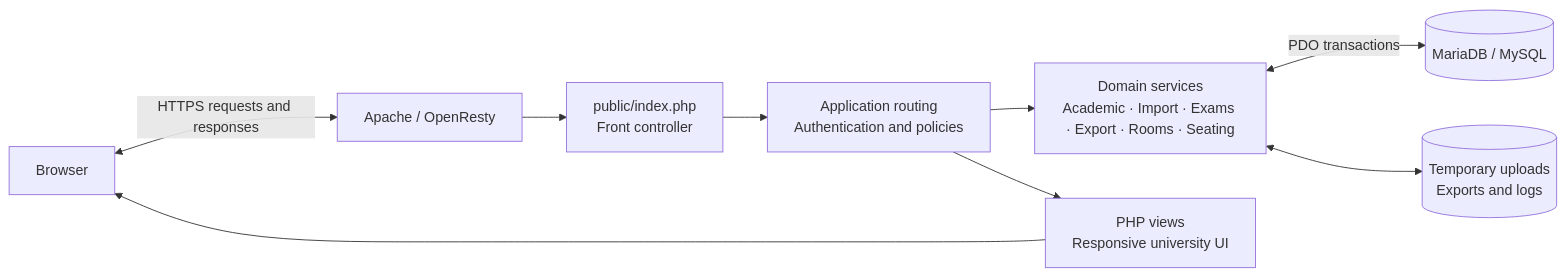
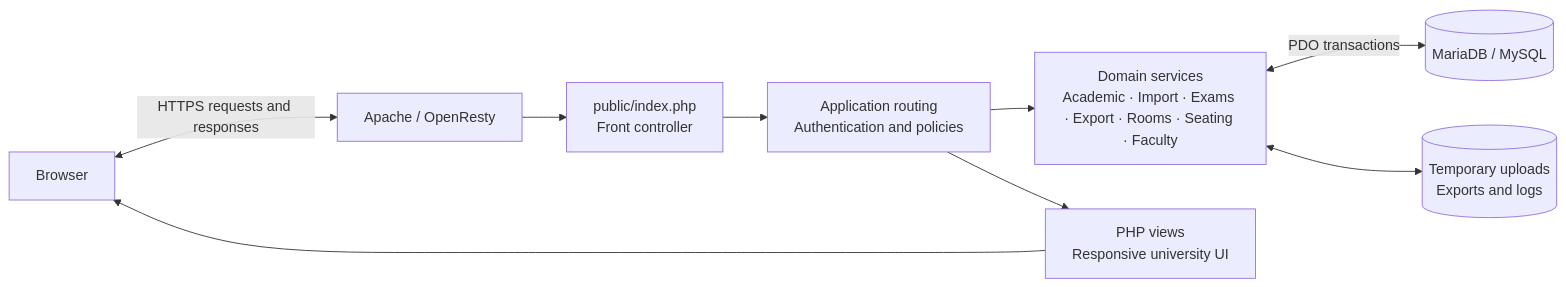
One commit to unseenap/Auto-Exam-Main changed the fifth of 5 diagrams in README.md. Above: the diagram before and after it, drawn with Mermaid. The commit also changed other lines of this file and 26 other files, not shown here.

First line of the commit message:
Implement seating publication and allocation services, add faculty email migration, and enhance faculty import tests

````diff
--- a/README.md
+++ b/README.md
@@ -246,20 +319,20 @@
 ```mermaid
 flowchart LR
     B[Browser]
     A[Apache / OpenResty]
     F[public/index.php<br/>Front controller]
     APP[Application routing<br/>Authentication and policies]
-    S[Domain services<br/>Academic · Import · Exams · Export · Rooms · Seating]
+    S[Domain services<br/>Academic · Import · Exams · Export · Rooms · Seating · Faculty]
     V[PHP views<br/>Responsive university UI]
     M[(MariaDB / MySQL)]
     FS[(Temporary uploads<br/>Exports and logs)]
 
     B <-->|HTTPS requests and responses| A
     A --> F
     F --> APP
     APP --> S
     APP --> V
     S <-->|PDO transactions| M
     S <--> FS
     V --> B
 ```
````
